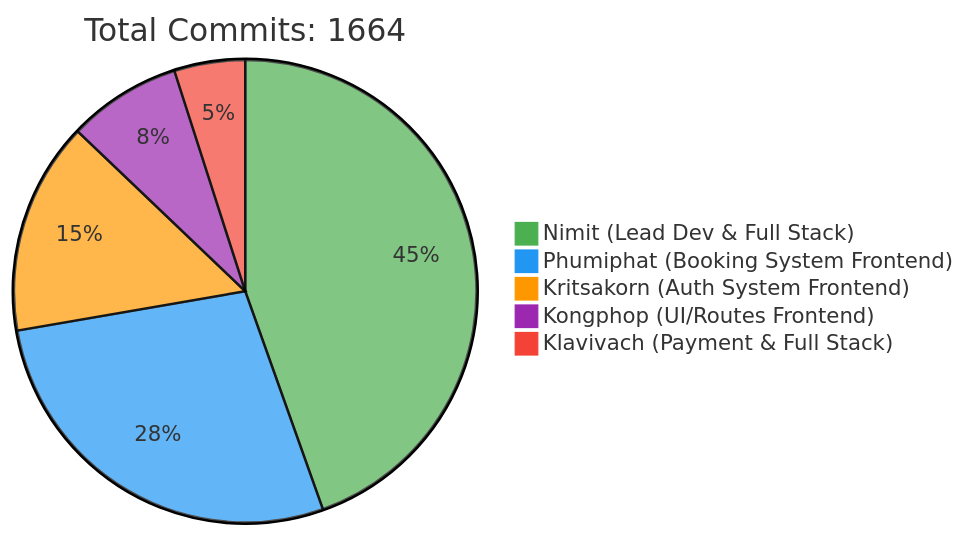
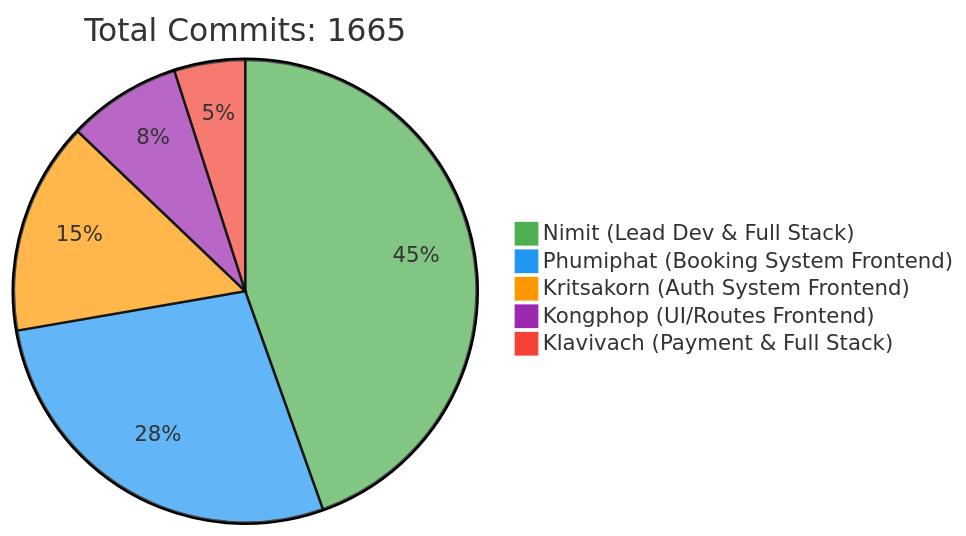
One commit to 6531503042/Sport-Complex changed the first of 2 diagrams in README.md. Above: the diagram before and after it, drawn with Mermaid. The commit also changed other lines of this file, not shown here.

Commit message:
docs: Update contributor statistics [skip ci]

````diff
--- a/README.md
+++ b/README.md
@@ -257,10 +257,10 @@
 ```mermaid
 %%{init: {'theme': 'base', 'themeVariables': { 'pie1': '#4CAF50', 'pie2': '#2196F3', 'pie3': '#FF9800', 'pie4': '#9C27B0', 'pie5': '#F44336'}}}%%
 pie
-    title Total Commits: 1664
+    title Total Commits: 1665
     "Nimit (Lead Dev & Full Stack)" : 450
     "Phumiphat (Booking System Frontend)" : 280
     "Kritsakorn (Auth System Frontend)" : 150
     "Kongphop (UI/Routes Frontend)" : 80
     "Klavivach (Payment & Full Stack)" : 50
 ```
````
